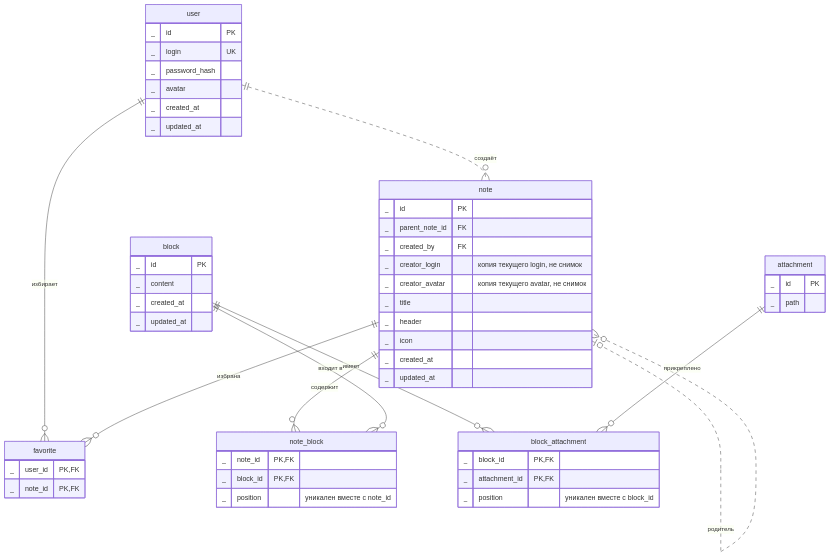
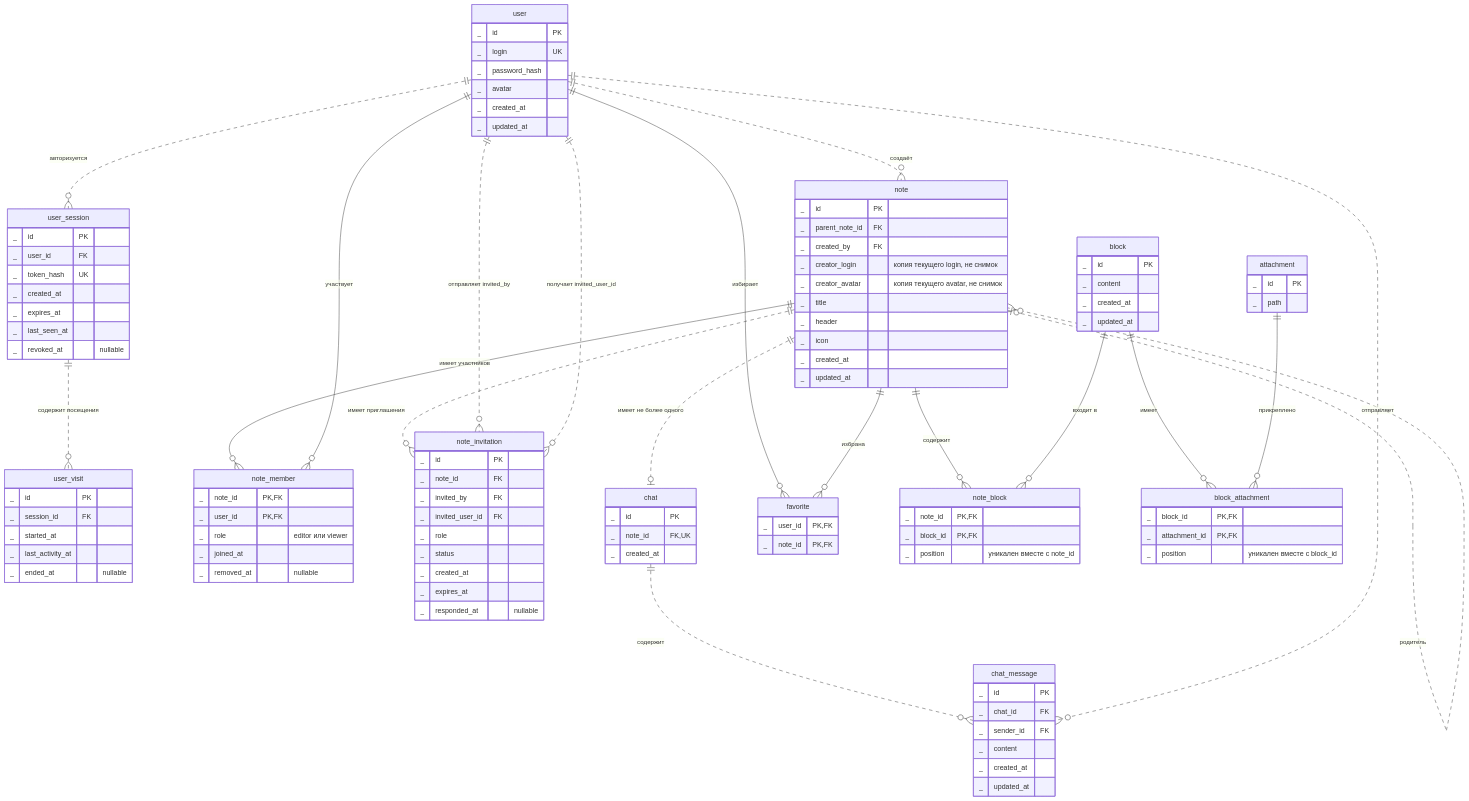
Before and after one commit to go-park-mail-ru/2026_2_BNN: the diagram in db/normalized/02_2NF.md, drawn with Mermaid. The commit also changed other lines of this file and 10 other files, not shown here.

````diff
--- a/db/normalized/02_2NF.md
+++ b/db/normalized/02_2NF.md
@@ -13,5 +13,15 @@
 ```mermaid
 erDiagram
+    user ||..o{ user_session : "авторизуется"
+    user_session ||..o{ user_visit : "содержит посещения"
+    note ||--o{ note_member : "имеет участников"
+    user ||--o{ note_member : "участвует"
+    note ||..o{ note_invitation : "имеет приглашения"
+    user ||..o{ note_invitation : "отправляет invited_by"
+    user ||..o{ note_invitation : "получает invited_user_id"
+    note ||..o| chat : "имеет не более одного"
+    chat ||..o{ chat_message : "содержит"
+    user ||..o{ chat_message : "отправляет"
     user ||..o{ note : "создаёт"
     note |o..o{ note : "родитель"
     user ||--o{ favorite : "избирает"
@@ -71,4 +81,57 @@
         _ attachment_id PK, FK
         _ position "уникален вместе с block_id"
     }
+
+    user_session {
+        _ id PK
+        _ user_id FK
+        _ token_hash UK
+        _ created_at
+        _ expires_at
+        _ last_seen_at
+        _ revoked_at "nullable"
+    }
+
+    user_visit {
+        _ id PK
+        _ session_id FK
+        _ started_at
+        _ last_activity_at
+        _ ended_at "nullable"
+    }
+
+    note_member {
+        _ note_id PK, FK
+        _ user_id PK, FK
+        _ role "editor или viewer"
+        _ joined_at
+        _ removed_at "nullable"
+    }
+
+    note_invitation {
+        _ id PK
+        _ note_id FK
+        _ invited_by FK
+        _ invited_user_id FK
+        _ role
+        _ status
+        _ created_at
+        _ expires_at
+        _ responded_at "nullable"
+    }
+
+    chat {
+        _ id PK
+        _ note_id FK, UK
+        _ created_at
+    }
+
+    chat_message {
+        _ id PK
+        _ chat_id FK
+        _ sender_id FK
+        _ content
+        _ created_at
+        _ updated_at
+    }
 ```
````
